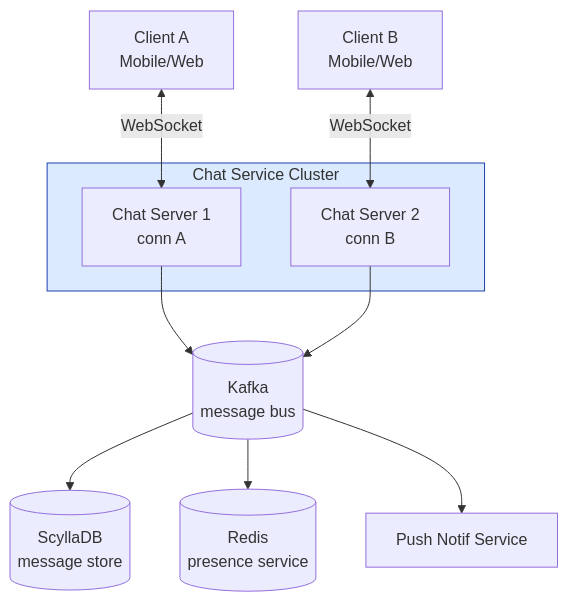
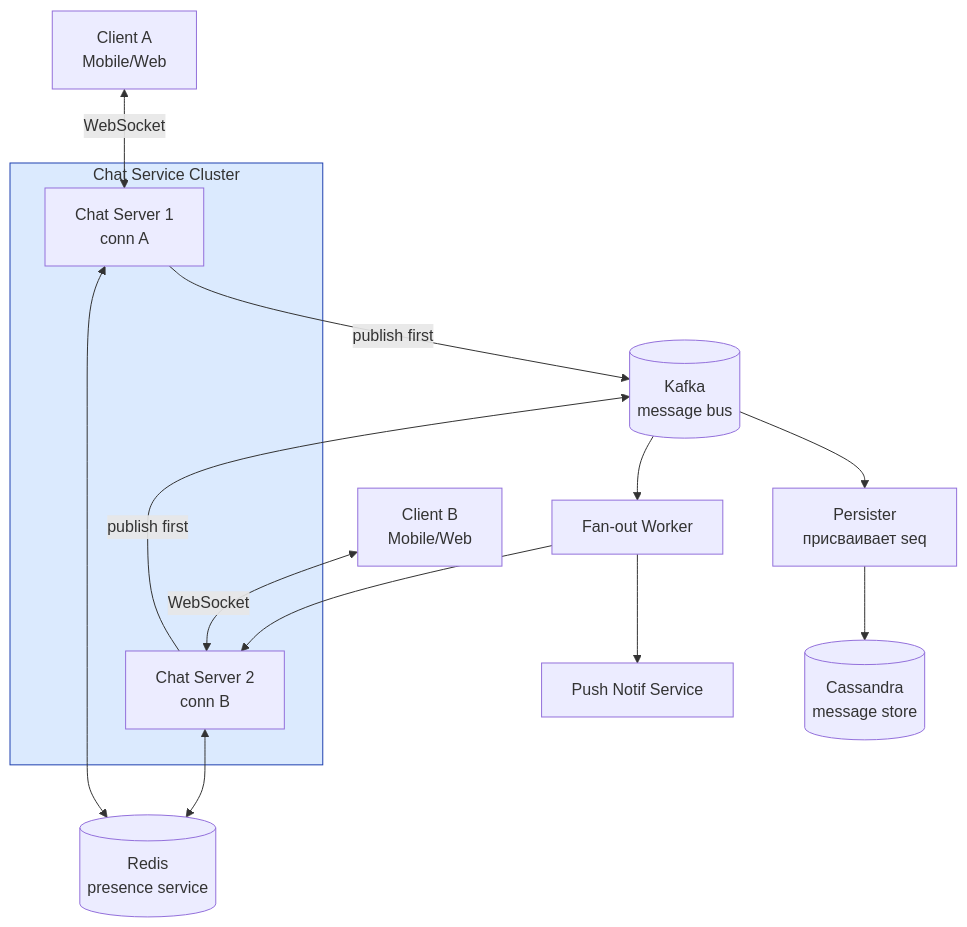
Before and after one commit to fev0ks/LearnGoLang: the diagram in docs/senior-golang-study/05-system-design/interview-cases/04-chat-messaging.md, drawn with Mermaid. The commit also changed other lines of this file and 19 other files, not shown here.

````diff
--- a/docs/senior-golang-study/05-system-design/interview-cases/04-chat-messaging.md
+++ b/docs/senior-golang-study/05-system-design/interview-cases/04-chat-messaging.md
@@ -82,25 +93,31 @@
 ```mermaid
 flowchart TB
     A[Client A<br/>Mobile/Web]
     B[Client B<br/>Mobile/Web]
 
     subgraph Cluster[Chat Service Cluster]
         S1[Chat Server 1<br/>conn A]
         S2[Chat Server 2<br/>conn B]
     end
 
     Kafka[(Kafka<br/>message bus)]
-    DB[(ScyllaDB<br/>message store)]
+    DB[(Cassandra<br/>message store)]
     Presence[(Redis<br/>presence service)]
     Push[Push Notif Service]
 
+    Persist[Persister<br/>присваивает seq]
+    FanOut[Fan-out Worker]
+
     A <-->|WebSocket| S1
     B <-->|WebSocket| S2
-    S1 --> Kafka
-    S2 --> Kafka
-    Kafka --> DB
-    Kafka --> Presence
-    Kafka --> Push
+    S1 -->|publish first| Kafka
+    S2 -->|publish first| Kafka
+    Kafka --> Persist --> DB
+    Kafka --> FanOut
+    FanOut --> S2
+    FanOut --> Push
+    S1 <--> Presence
+    S2 <--> Presence
 
     style Cluster fill:#dbeafe,stroke:#1e40af
 ```
````
